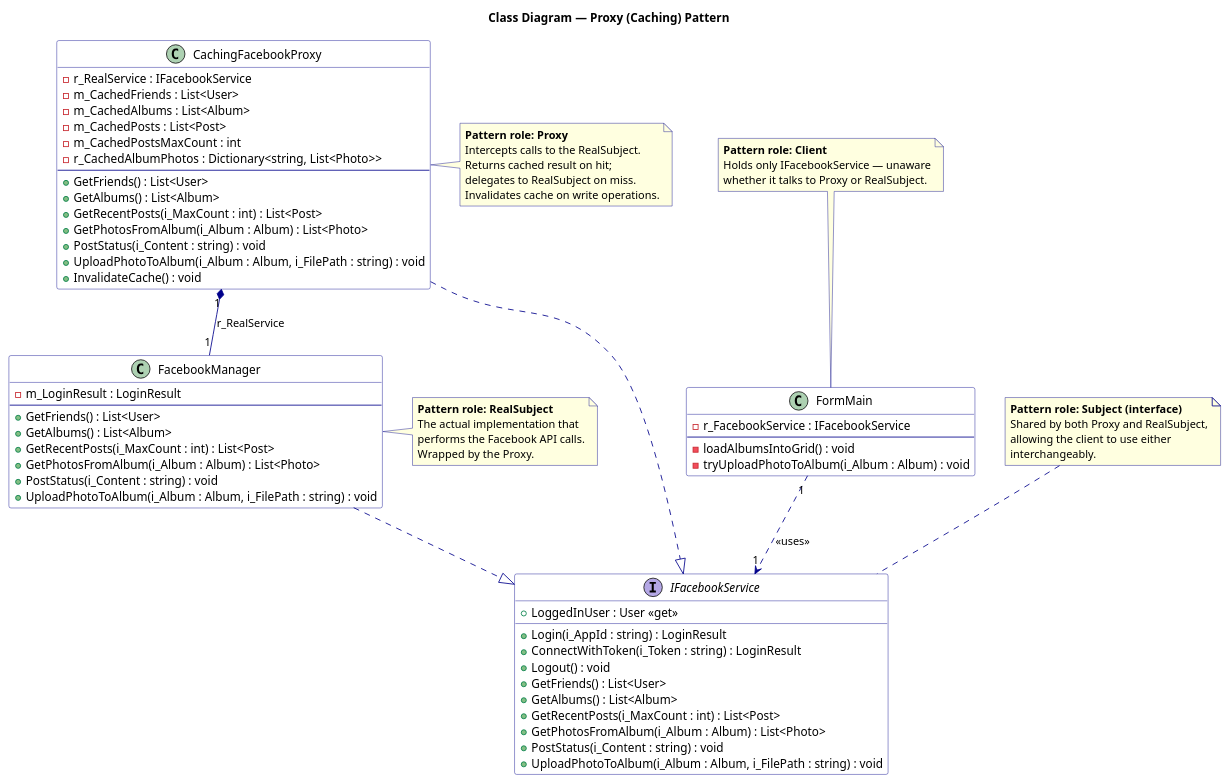
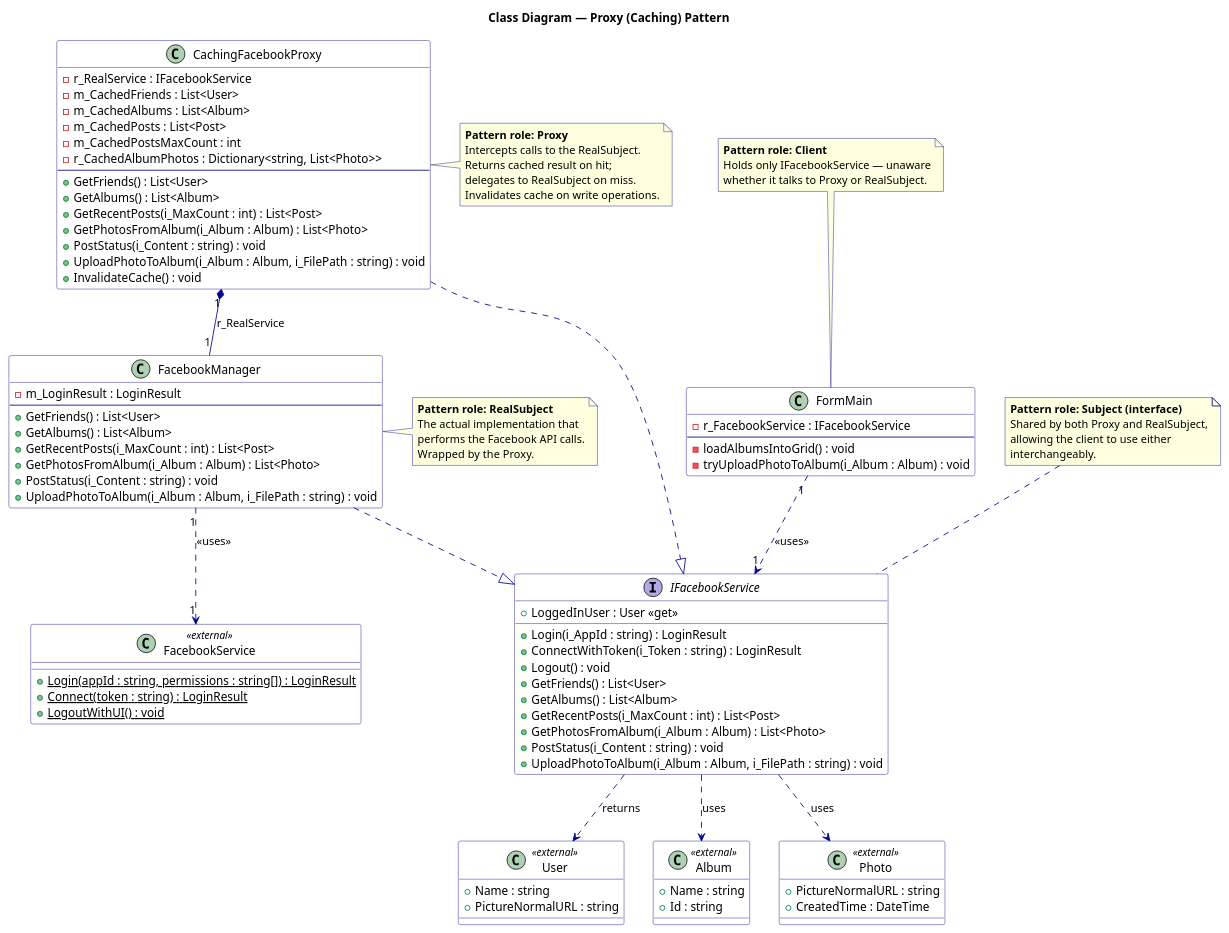
Before and after one commit to LotemKimchi/Application-Programming-Using-Design-Patterns: the diagram in Project2/B26 Ex02 LotemKimchi 318173481 ShaniSalomon 208573683/uml/class_proxy.puml, drawn with PlantUML. The commit also changed 13 other files, not shown here.

First line of the commit message:
Fix Features to use IFacebookService, fix IFacebookService typo, update UML

```diff
--- a/Project2/B26 Ex02 LotemKimchi 318173481 ShaniSalomon 208573683/uml/class_proxy.puml
+++ b/Project2/B26 Ex02 LotemKimchi 318173481 ShaniSalomon 208573683/uml/class_proxy.puml
@@ -1,81 +1,109 @@
 @startuml ClassDiagram_Proxy
 title Class Diagram — Proxy (Caching) Pattern
 
 skinparam classBackgroundColor White
 skinparam classBorderColor DarkBlue
 skinparam classArrowColor DarkBlue
 skinparam stereotypeCBackgroundColor LightYellow
 skinparam stereotypeIBackgroundColor LightBlue
 skinparam noteBackgroundColor LightYellow
 skinparam noteBorderColor DarkBlue
 
 ' ── Client ────────────────────────────────────────────────────────────────────
 
 class FormMain {
     - r_FacebookService : IFacebookService
     --
     - loadAlbumsIntoGrid() : void
     - tryUploadPhotoToAlbum(i_Album : Album) : void
 }
 note top of FormMain : **Pattern role: Client**\nHolds only IFacebookService — unaware\nwhether it talks to Proxy or RealSubject.
 
 ' ── Subject (interface) ───────────────────────────────────────────────────────
 
 interface IFacebookService {
     + LoggedInUser : User <<get>>
     + Login(i_AppId : string) : LoginResult
     + ConnectWithToken(i_Token : string) : LoginResult
     + Logout() : void
     + GetFriends() : List<User>
     + GetAlbums() : List<Album>
     + GetRecentPosts(i_MaxCount : int) : List<Post>
     + GetPhotosFromAlbum(i_Album : Album) : List<Photo>
     + PostStatus(i_Content : string) : void
     + UploadPhotoToAlbum(i_Album : Album, i_FilePath : string) : void
 }
 note top of IFacebookService : **Pattern role: Subject (interface)**\nShared by both Proxy and RealSubject,\nallowing the client to use either\ninterchangeably.
 
 ' ── Proxy ─────────────────────────────────────────────────────────────────────
 
 class CachingFacebookProxy {
     - r_RealService : IFacebookService
     - m_CachedFriends : List<User>
     - m_CachedAlbums : List<Album>
     - m_CachedPosts : List<Post>
     - m_CachedPostsMaxCount : int
     - r_CachedAlbumPhotos : Dictionary<string, List<Photo>>
     --
     + GetFriends() : List<User>
     + GetAlbums() : List<Album>
     + GetRecentPosts(i_MaxCount : int) : List<Post>
     + GetPhotosFromAlbum(i_Album : Album) : List<Photo>
     + PostStatus(i_Content : string) : void
     + UploadPhotoToAlbum(i_Album : Album, i_FilePath : string) : void
     + InvalidateCache() : void
 }
 note right of CachingFacebookProxy : **Pattern role: Proxy**\nIntercepts calls to the RealSubject.\nReturns cached result on hit;\ndelegates to RealSubject on miss.\nInvalidates cache on write operations.
 
 ' ── Real Subject ──────────────────────────────────────────────────────────────
 
 class FacebookManager {
     - m_LoginResult : LoginResult
     --
     + GetFriends() : List<User>
     + GetAlbums() : List<Album>
     + GetRecentPosts(i_MaxCount : int) : List<Post>
     + GetPhotosFromAlbum(i_Album : Album) : List<Photo>
     + PostStatus(i_Content : string) : void
     + UploadPhotoToAlbum(i_Album : Album, i_FilePath : string) : void
 }
 note right of FacebookManager : **Pattern role: RealSubject**\nThe actual implementation that\nperforms the Facebook API calls.\nWrapped by the Proxy.
 
+' ── External domain classes (used in method signatures) ─────────────────────
+
+class User <<external>> {
+    + Name : string
+    + PictureNormalURL : string
+}
+
+class Album <<external>> {
+    + Name : string
+    + Id : string
+}
+
+class Photo <<external>> {
+    + PictureNormalURL : string
+    + CreatedTime : DateTime
+}
+
+class FacebookService <<external>> {
+    + {static} Login(appId : string, permissions : string[]) : LoginResult
+    + {static} Connect(token : string) : LoginResult
+    + {static} LogoutWithUI() : void
+}
+
 ' ── Relationships ─────────────────────────────────────────────────────────────
 
 FormMain "1" ..> "1" IFacebookService : <<uses>>
 
 CachingFacebookProxy ..|> IFacebookService
 FacebookManager ..|> IFacebookService
 
 CachingFacebookProxy "1" *-- "1" FacebookManager : r_RealService
+FacebookManager "1" ..> "1" FacebookService : <<uses>>
+
+IFacebookService ..> User   : returns
+IFacebookService ..> Album  : uses
+IFacebookService ..> Photo  : uses
 
 @enduml
```
